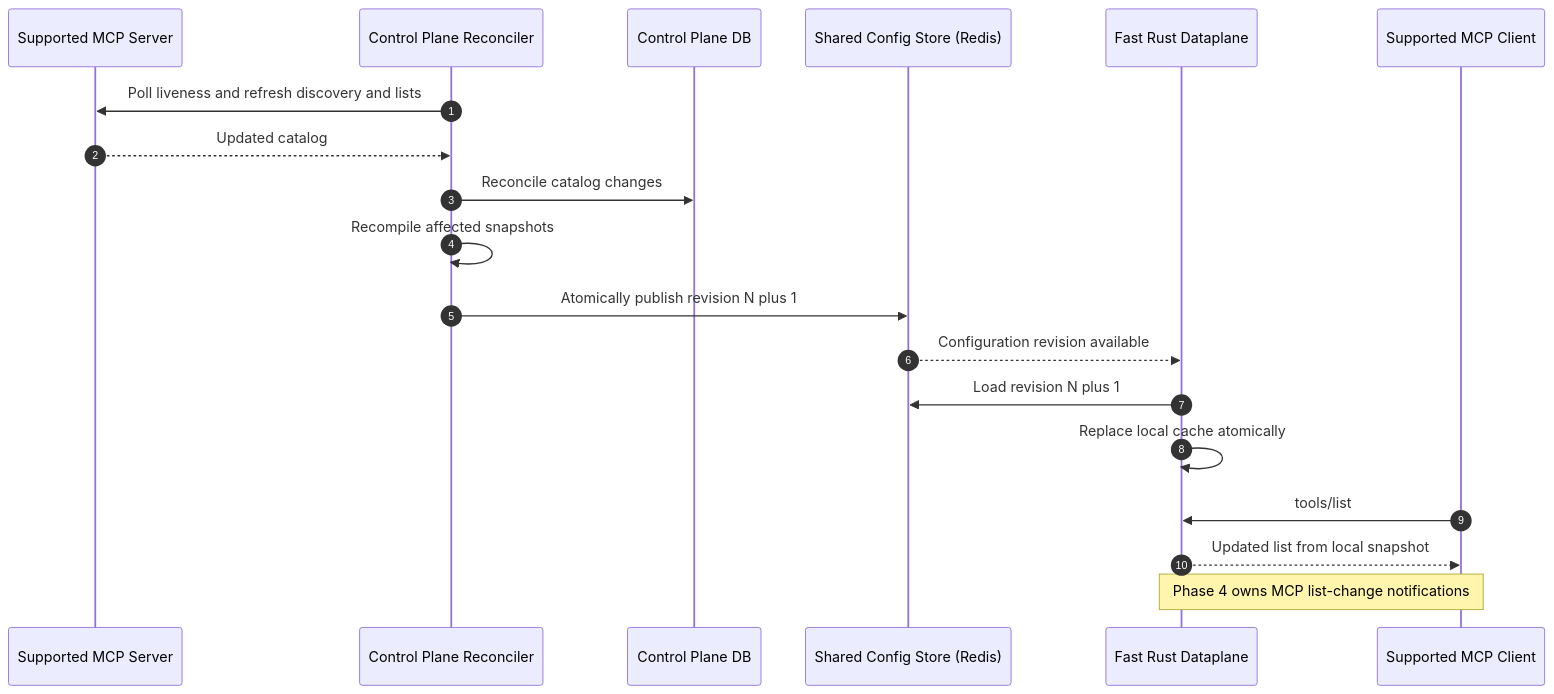
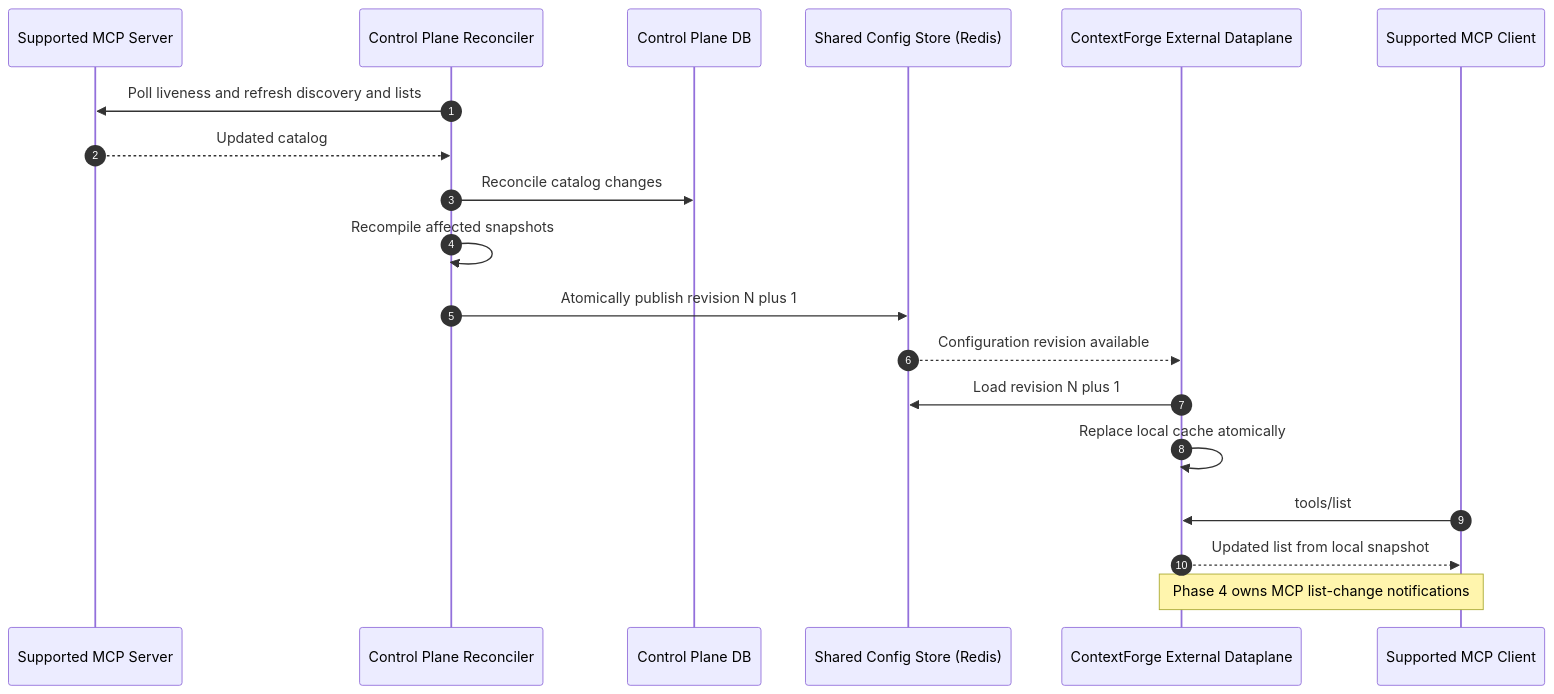
Before and after one commit to contextforge-gateway-rs/contextforge-gateway-rs: the fifth of 5 diagrams in _context/wiki/mcp-capability-allocation.md, drawn with Mermaid. The commit also changed other lines of this file and 11 other files, not shown here.

Commit message:
docs: clarify ContextForge plane terminology

````diff
--- a/_context/wiki/mcp-capability-allocation.md
+++ b/_context/wiki/mcp-capability-allocation.md
@@ -351,25 +363,25 @@
 ```mermaid
 sequenceDiagram
     autonumber
     participant MCP as Supported MCP Server
     participant CP as Control Plane Reconciler
     participant DB as Control Plane DB
     participant Store as Shared Config Store (Redis)
-    participant DP as Fast Rust Dataplane
+    participant DP as ContextForge External Dataplane
     participant Client as Supported MCP Client
 
     CP->>MCP: Poll liveness and refresh discovery and lists
     MCP-->>CP: Updated catalog
     CP->>DB: Reconcile catalog changes
     CP->>CP: Recompile affected snapshots
     CP->>Store: Atomically publish revision N plus 1
 
     Store-->>DP: Configuration revision available
     DP->>Store: Load revision N plus 1
     DP->>DP: Replace local cache atomically
 
     Client->>DP: tools/list
     DP-->>Client: Updated list from local snapshot
 
     Note over DP,Client: Phase 4 owns MCP list-change notifications
 ```
````
